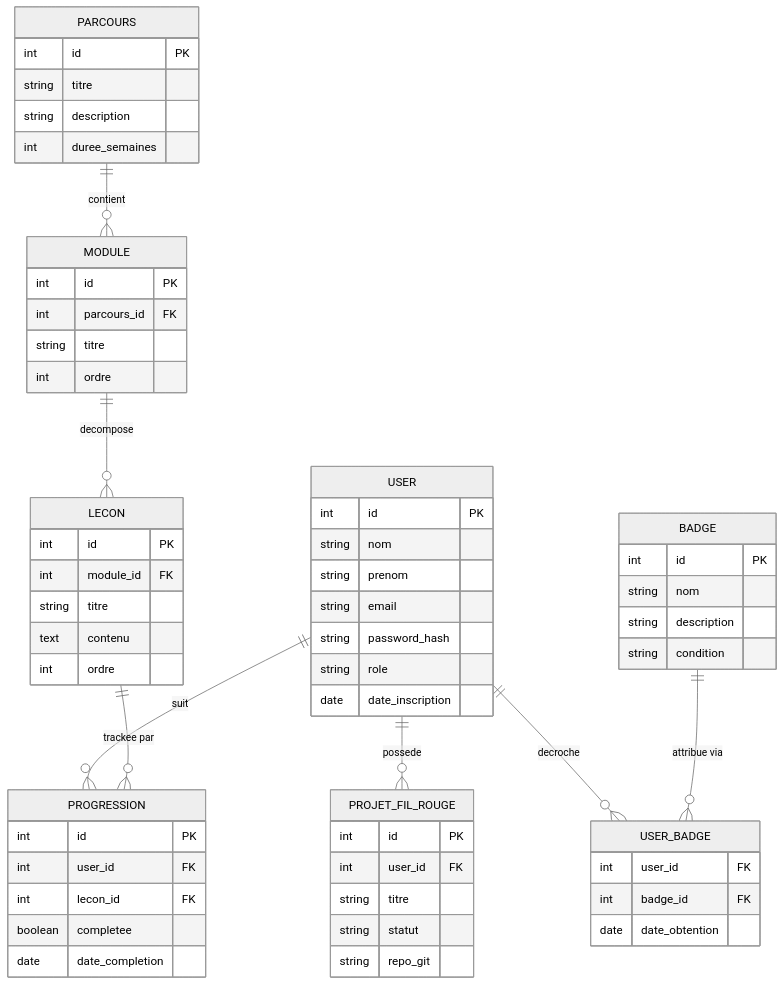
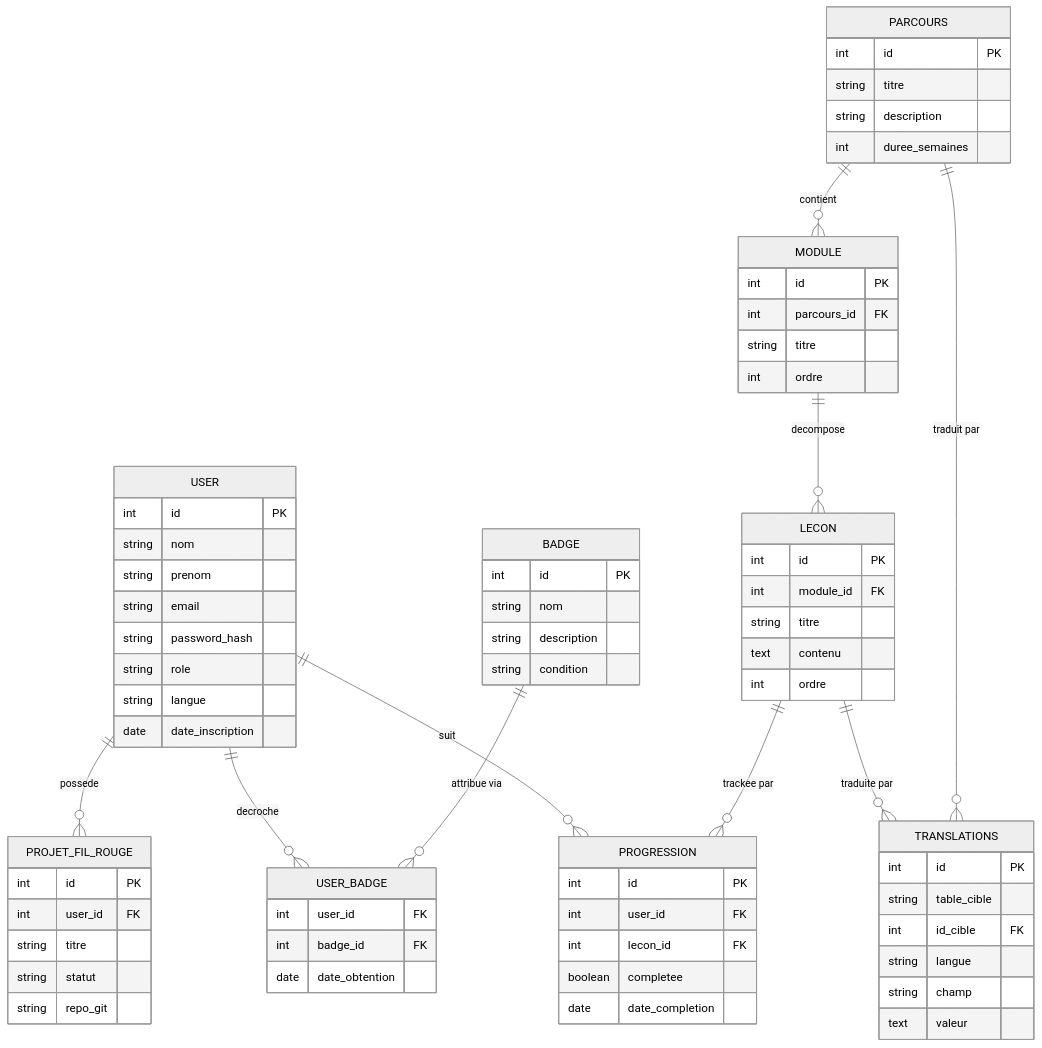
Before and after one commit to w2201/step-by-dev: the diagram in docs/ER-diagram.md, drawn with Mermaid (neutral theme).

Commit message:
update: ajout gestion multilingue dans le diagramme ER

````diff
--- a/docs/ER-diagram.md
+++ b/docs/ER-diagram.md
@@ -8,6 +8,7 @@
         string email
         string password_hash
         string role
+        string langue
         date date_inscription
     }
 
@@ -31,6 +32,15 @@
         string titre
         text contenu
         int ordre
+    }
+
+    TRANSLATIONS {
+        int id PK
+        string table_cible
+        int id_cible FK
+        string langue
+        string champ
+        text valeur
     }
 
     PROGRESSION {
@@ -69,4 +79,6 @@
     MODULE ||--o{ LECON : "decompose"
     LECON ||--o{ PROGRESSION : "trackee par"
     BADGE ||--o{ USER_BADGE : "attribue via"
+    LECON ||--o{ TRANSLATIONS : "traduite par"
+    PARCOURS ||--o{ TRANSLATIONS : "traduit par"
 ```
````
